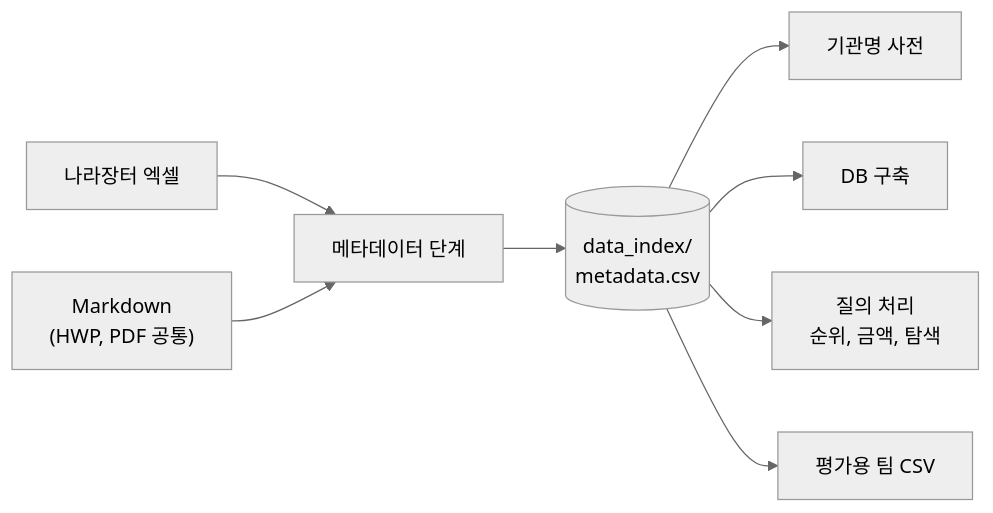
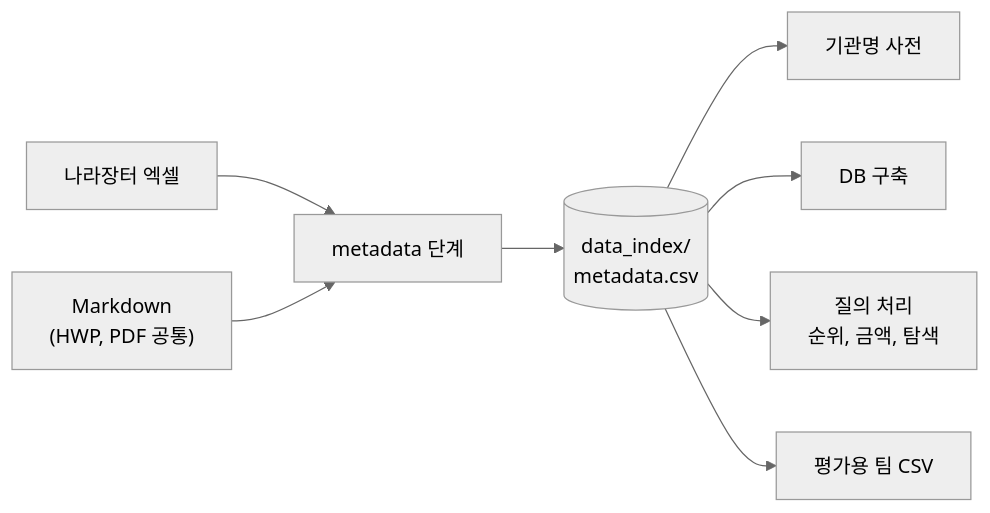
Before and after one commit to adover134/hierarchical-md-rag: the first of 2 diagrams in docs/10_메타데이터.md, drawn with Mermaid (neutral theme). The commit also changed other lines of this file and 24 other files, not shown here.

````diff
--- a/docs/10_메타데이터.md
+++ b/docs/10_메타데이터.md
@@ -45,10 +45,10 @@
 ```mermaid
 flowchart LR
-    X["나라장터 엑셀"] --> M["메타데이터 단계"]
+    X["나라장터 엑셀"] --> M["metadata 단계"]
     D["Markdown<br/>(HWP, PDF 공통)"] --> M
     M --> C[("data_index/<br/>metadata.csv")]
     C --> W["기관명 사전"]
     C --> B["DB 구축"]
     C --> Q["질의 처리<br/>순위, 금액, 탐색"]
     C --> T["평가용 팀 CSV"]
 ```
````
